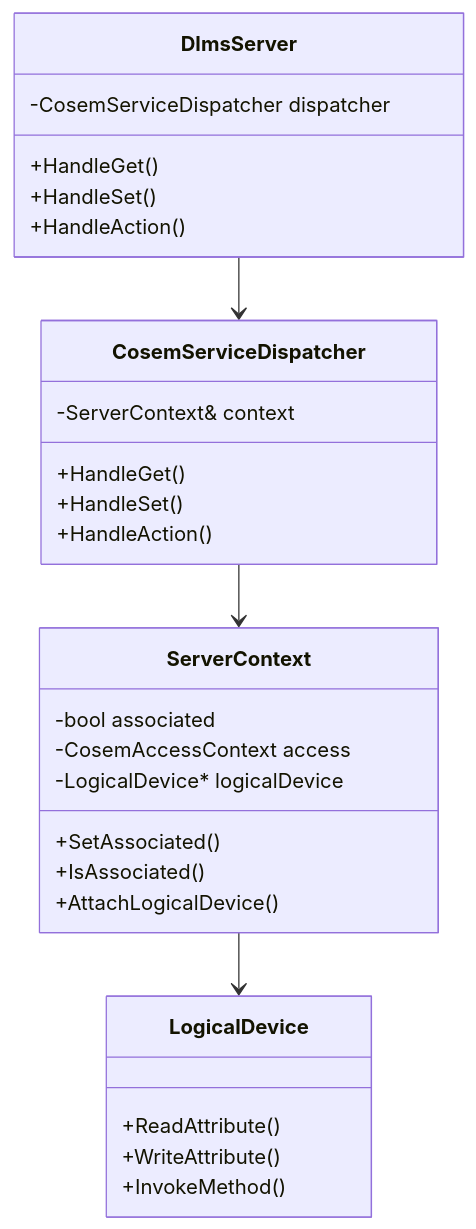
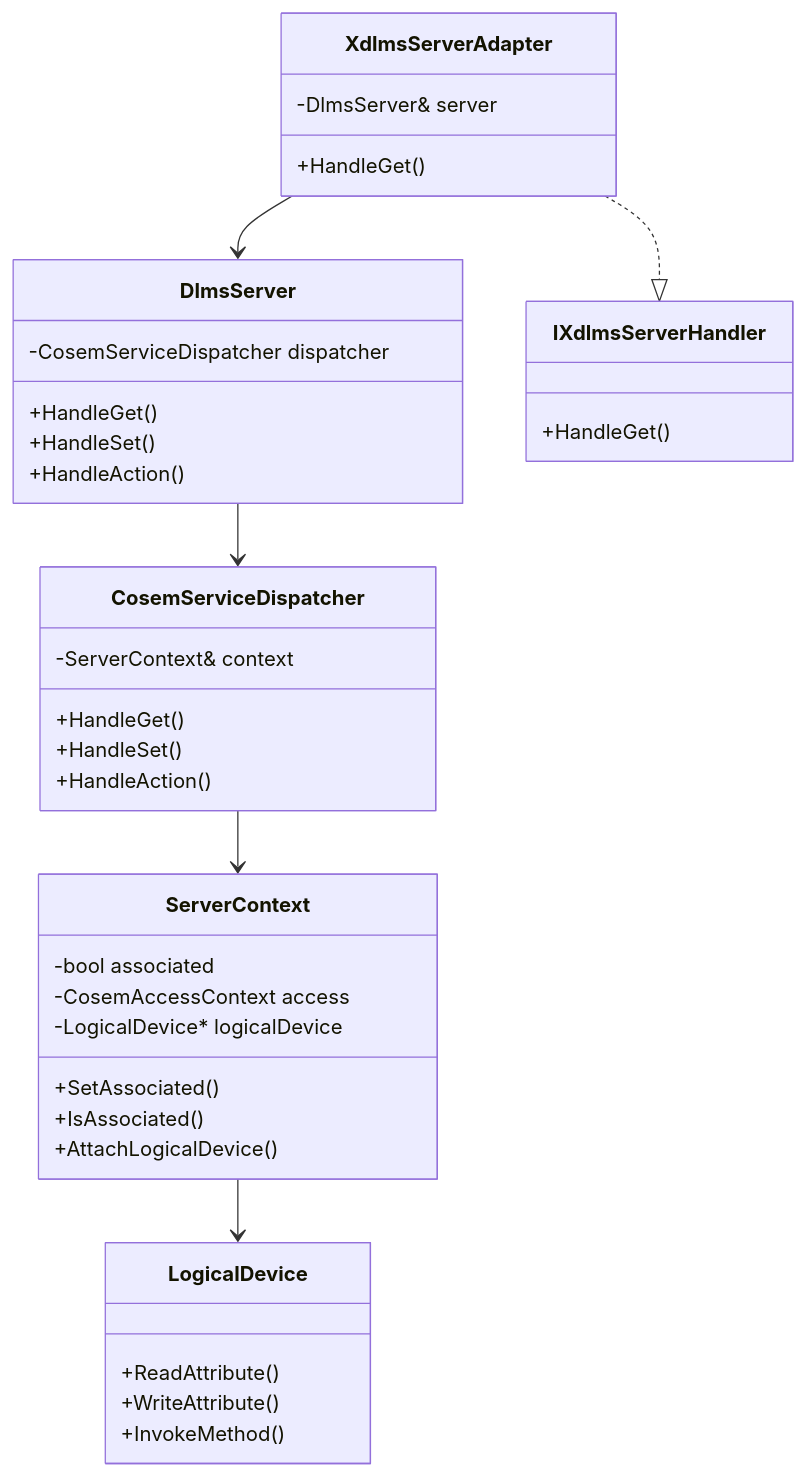
Before and after one commit to gvtret/dlms-server: the diagram in docs/01_server_api.md, drawn with Mermaid. The commit also changed other lines of this file and 4 other files, not shown here.

First line of the commit message:
docs(server): define xdlms get adapter

````diff
--- a/docs/01_server_api.md
+++ b/docs/01_server_api.md
@@ -133,35 +154,46 @@
 ```mermaid
 classDiagram
   class ServerContext {
     -bool associated
     -CosemAccessContext access
     -LogicalDevice* logicalDevice
     +SetAssociated()
     +IsAssociated()
     +AttachLogicalDevice()
   }
 
   class CosemServiceDispatcher {
     -ServerContext& context
     +HandleGet()
     +HandleSet()
     +HandleAction()
   }
 
   class DlmsServer {
     -CosemServiceDispatcher dispatcher
     +HandleGet()
     +HandleSet()
     +HandleAction()
   }
 
   class LogicalDevice {
     +ReadAttribute()
     +WriteAttribute()
     +InvokeMethod()
   }
 
+  class XdlmsServerAdapter {
+    -DlmsServer& server
+    +HandleGet()
+  }
+
+  class IXdlmsServerHandler {
+    +HandleGet()
+  }
+
   DlmsServer --> CosemServiceDispatcher
+  XdlmsServerAdapter ..|> IXdlmsServerHandler
+  XdlmsServerAdapter --> DlmsServer
   CosemServiceDispatcher --> ServerContext
   ServerContext --> LogicalDevice
 ```
````
